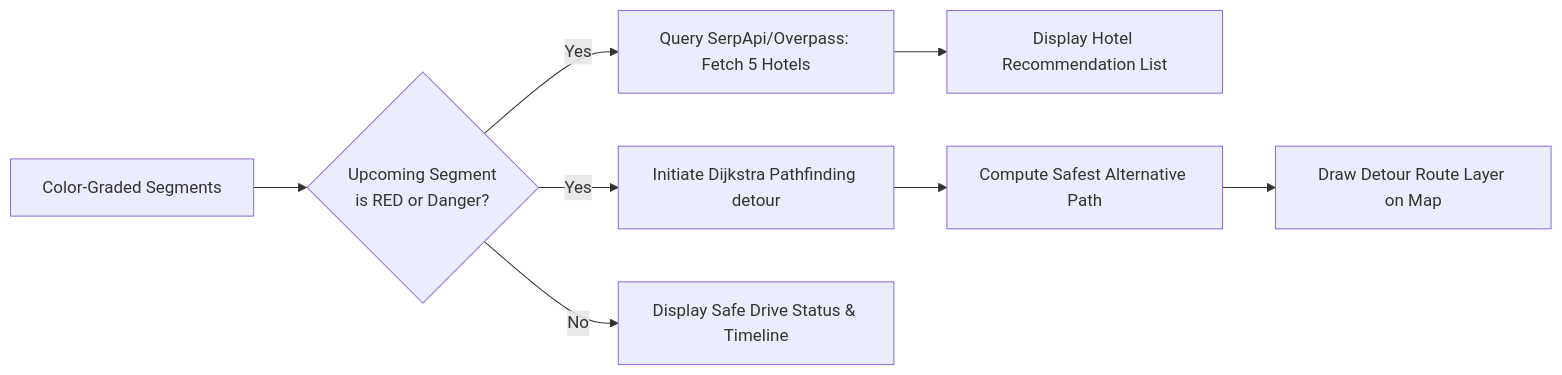
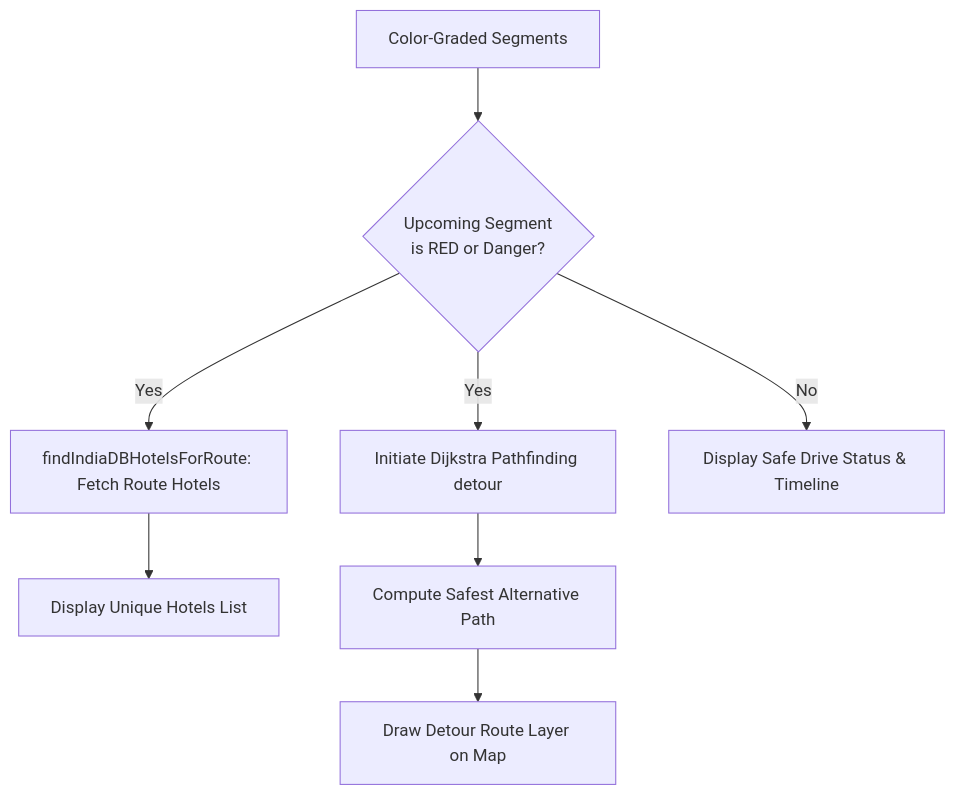
One commit to Varshith10121901/E---horizon-driving-system changed the fourth of 5 diagrams in README.md. Above: the diagram before and after it, drawn with Mermaid. The commit also changed other lines of this file and 4 other files, not shown here.

Commit message:
Update system architecture diagrams, flow charts, and README to reflect OSRM/Overpass segmentation, India Hotels DB integration, and AbortController stop search

````diff
--- a/README.md
+++ b/README.md
@@ -117,13 +120,13 @@
 ```mermaid
-flowchart LR
+flowchart TD
     ColorGraded[Color-Graded Segments] --> CheckThreat{Upcoming Segment<br>is RED or Danger?}
     
-    CheckThreat -- Yes --> TriggerShelter[Query SerpApi/Overpass: Fetch 5 Hotels]
-    TriggerShelter --> ShowHotels[Display Hotel Recommendation List]
+    CheckThreat -- Yes --> TriggerShelter[findIndiaDBHotelsForRoute: Fetch Route Hotels]
+    TriggerShelter --> ShowHotels[Display Unique Hotels List]
     
     CheckThreat -- Yes --> TriggerDijkstra[Initiate Dijkstra Pathfinding detour]
     TriggerDijkstra --> CalculateDetour[Compute Safest Alternative Path]
     CalculateDetour --> RenderDetour[Draw Detour Route Layer on Map]
     
     CheckThreat -- No --> NormalDrive[Display Safe Drive Status & Timeline]
 ```
````
